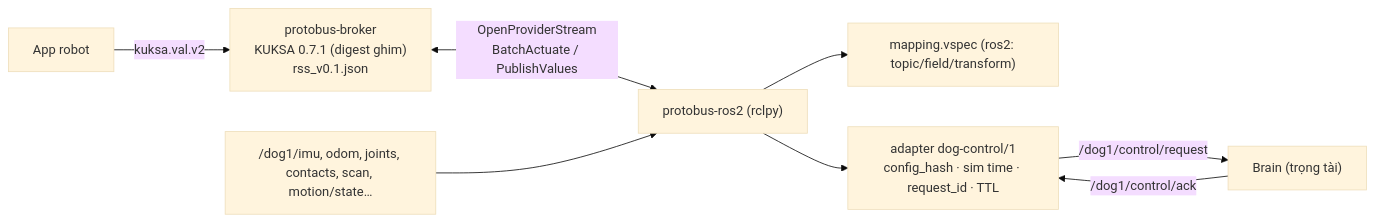
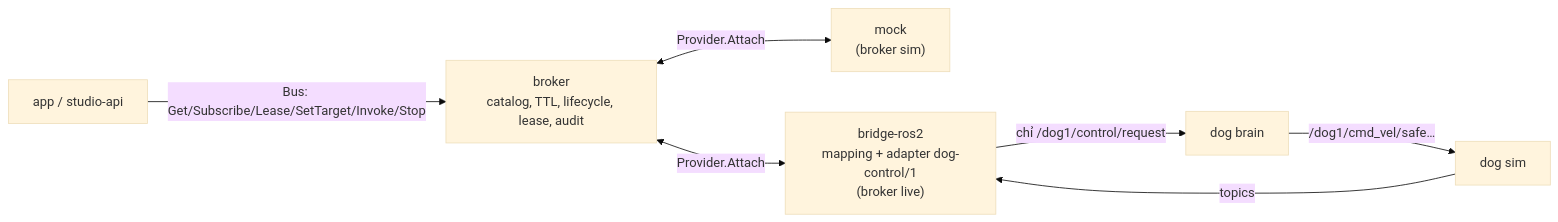
One commit to ltnguyenlt2k/simvehicleapp changed the diagram in analysis/adr/ADR-0066-protobus-rss-ros2-bridge.md. Above: the diagram before and after it, drawn with Mermaid (base theme). The commit also changed other lines of this file and 28 other files, not shown here.

Commit message:
Robotics plan rewritten as an independent stack (robotics/): own RSS format + rssc, own Protobus broker (protobus.v1) + ROS 2 bridge + mock, RobotFlow compiler/runtime in Python, new Robot Studio; M22-M27, ADR-0064..0068 proposed, no code

````diff
--- a/analysis/adr/ADR-0066-protobus-rss-ros2-bridge.md
+++ b/analysis/adr/ADR-0066-protobus-rss-ros2-bridge.md
@@ -60,10 +90,9 @@
 ```mermaid
 flowchart LR
-  APP["App robot"] -- "kuksa.val.v2" --> BRK["protobus-broker<br/>KUKSA 0.7.1 (digest ghim)<br/>rss_v0.1.json"]
-  BRK <-- "OpenProviderStream<br/>BatchActuate / PublishValues" --> PRV["protobus-ros2 (rclpy)"]
-  PRV --> MAP["mapping.vspec (ros2: topic/field/transform)"]
-  PRV --> AD["adapter dog-control/1<br/>config_hash · sim time · request_id · TTL"]
-  AD -- "/dog1/control/request" --> BR["Brain (trọng tài)"]
-  BR -- "/dog1/control/ack" --> AD
-  ROS["/dog1/imu, odom, joints, contacts, scan, motion/state…"] --> PRV
+  APP["app / studio-api"] -- "Bus: Get/Subscribe/Lease/SetTarget/Invoke/Stop" --> BR["broker<br/>catalog, TTL, lifecycle, lease, audit"]
+  BR <-- "Provider.Attach" --> MK["mock<br/>(broker sim)"]
+  BR <-- "Provider.Attach" --> R2["bridge-ros2<br/>mapping + adapter dog-control/1<br/>(broker live)"]
+  R2 -- "chỉ /dog1/control/request" --> BRAIN["dog brain"]
+  BRAIN -- "/dog1/cmd_vel/safe…" --> SIM["dog sim"]
+  SIM -- "topics" --> R2
 ```
````
